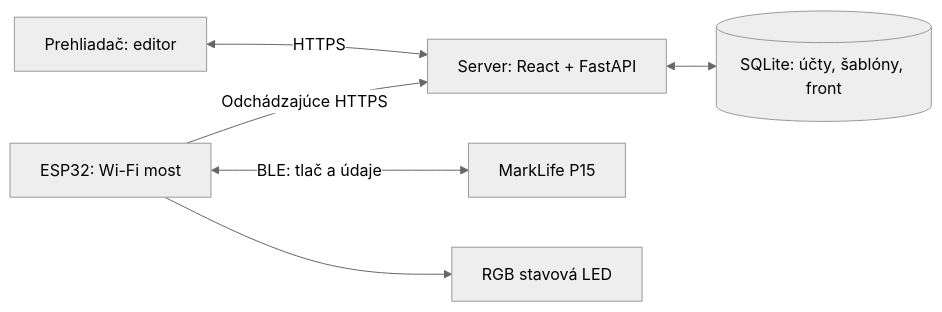
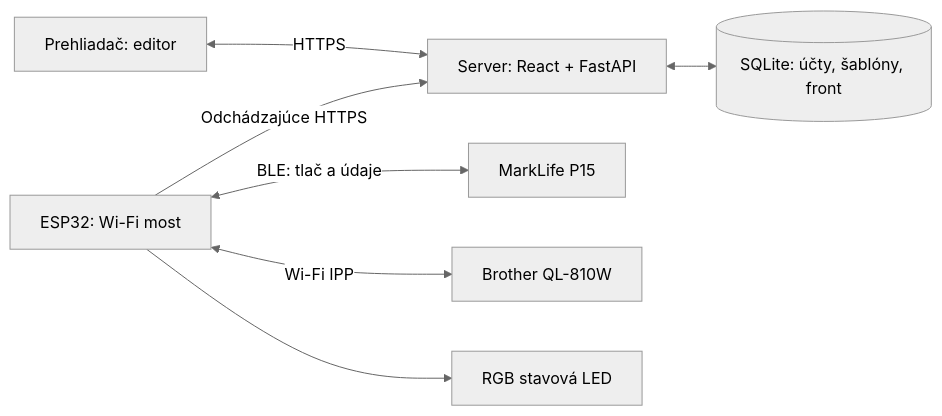
The first of 2 diagrams in README.md (pidiman/stitky), drawn with Mermaid (neutral theme) before and after one commit. The commit also changed other lines of this file and 21 other files, not shown here.

First line of the commit message:
Add Brother QL-810W profiles and IPP support to the ESP32 bridge

````diff
--- a/README.md
+++ b/README.md
@@ -22,8 +23,9 @@
 ```mermaid
 flowchart LR
     U[Prehliadač: editor] <-->|HTTPS| S[Server: React + FastAPI]
     S <--> D[(SQLite: účty, šablóny, front)]
     E[ESP32: Wi-Fi most] -->|Odchádzajúce HTTPS| S
     E <-->|BLE: tlač a údaje| P[MarkLife P15]
+    E <-->|Wi-Fi IPP| B[Brother QL-810W]
     E --> L[RGB stavová LED]
 ```
````
